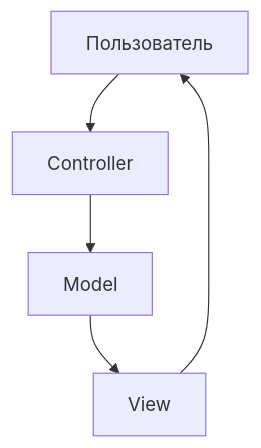
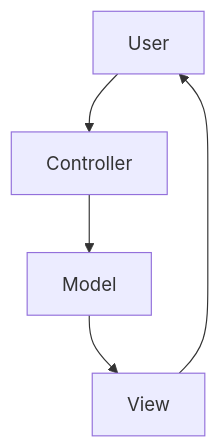
One commit to Kert0n/KPO changed the eighth of 10 diagrams in lectures/Lec8/vitepress.md. Above: the diagram before and after it, drawn with Mermaid. The commit also changed other lines of this file and 9 other files, not shown here.

````diff
--- a/lectures/Lec8/vitepress.md
+++ b/lectures/Lec8/vitepress.md
@@ -351,7 +874,7 @@
 ```mermaid
 flowchart TD
-    User[Пользователь] --> Controller[Controller]
-    Controller --> Model[Model]
-    Model --> View[View]
+    User["User"] --> Controller["Controller"]
+    Controller --> Model["Model"]
+    Model --> View["View"]
     View --> User
 ```
````
